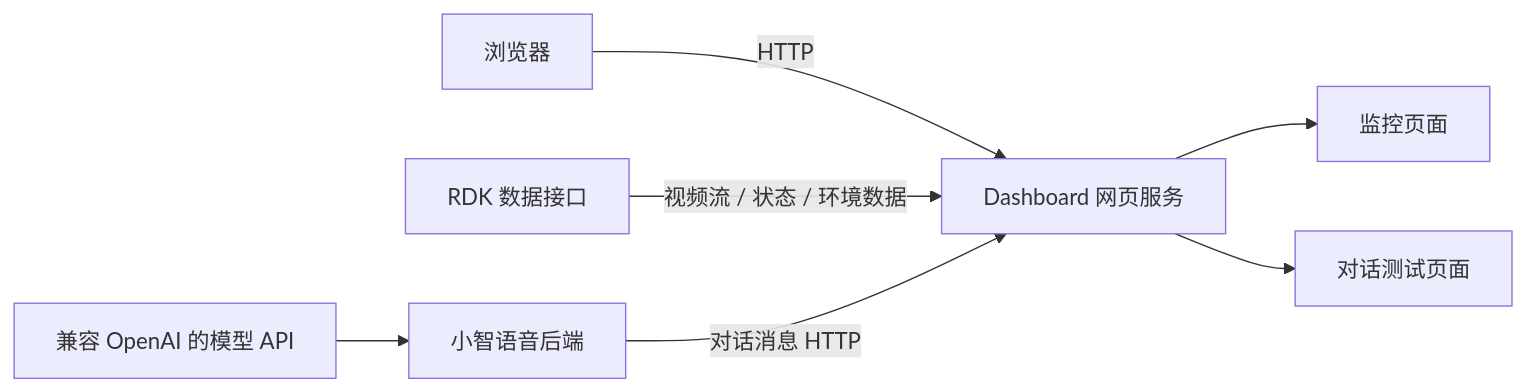
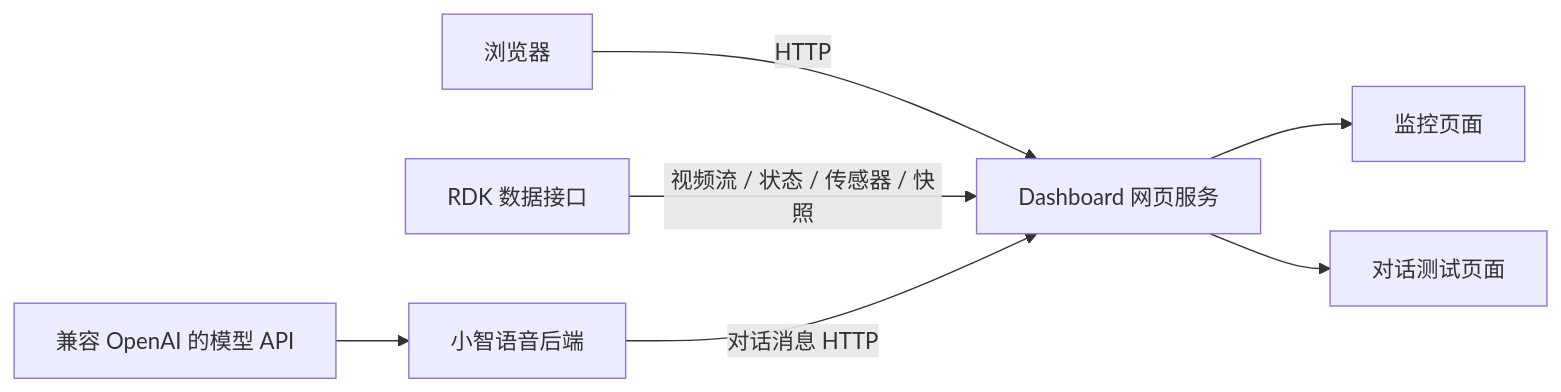
Before and after one commit to 2796923149akeman-jpg/tongyu-zhishu: the diagram in README.md, drawn with Mermaid. The commit also changed other lines of this file and 6 other files, not shown here.

````diff
--- a/README.md
+++ b/README.md
@@ -44,9 +40,9 @@
 ```mermaid
 flowchart LR
     Browser[浏览器] -->|HTTP| Dashboard[Dashboard 网页服务]
-    RDK[RDK 数据接口] -->|视频流 / 状态 / 环境数据| Dashboard
+    RDK[RDK 数据接口] -->|视频流 / 状态 / 传感器 / 快照| Dashboard
     Xiaozhi[小智语音后端] -->|对话消息 HTTP| Dashboard
     Dashboard --> Monitor[监控页面]
     Dashboard --> Chat[对话测试页面]
     Model[兼容 OpenAI 的模型 API] --> Xiaozhi
 ```
````
